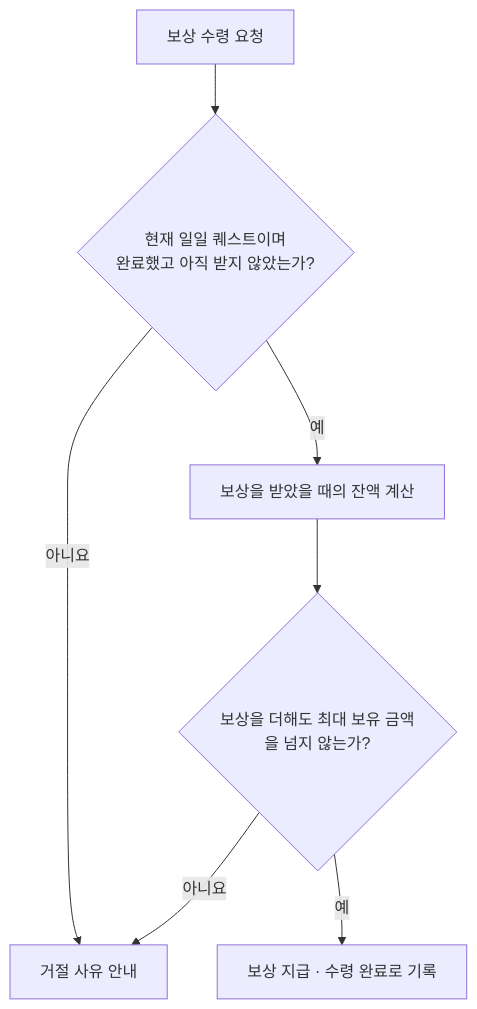
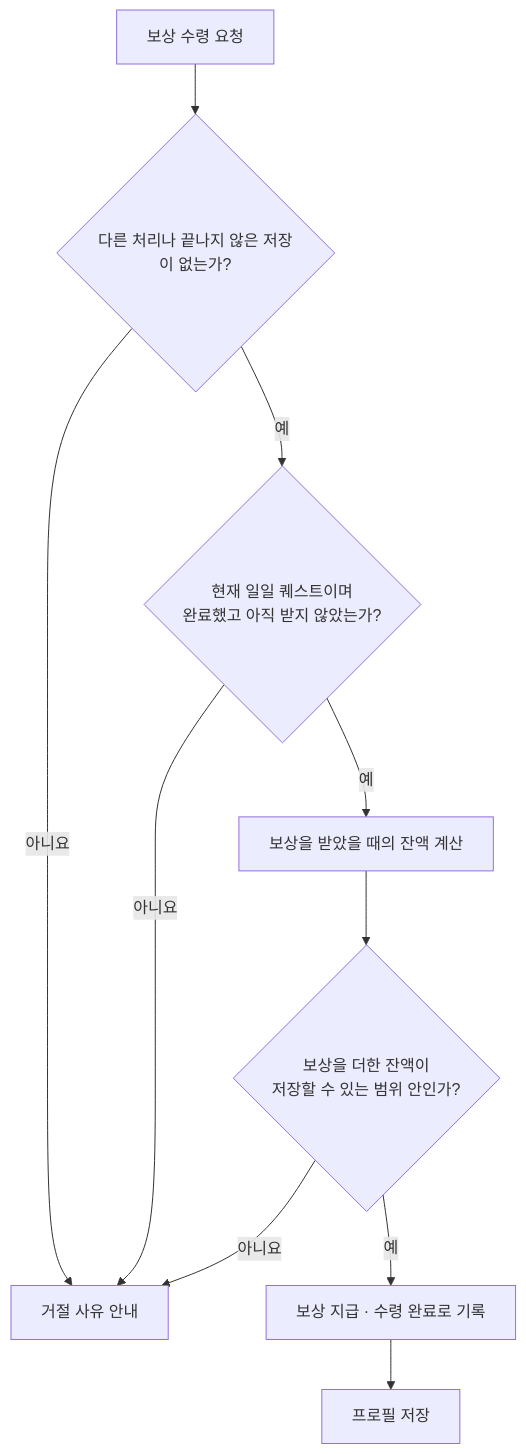
One commit to limrum09/GroupATeamProject-Portfolio changed the second of 3 diagrams in README.md. Above: the diagram before and after it, drawn with Mermaid. The commit also changed other lines of this file, not shown here.

````diff
--- a/README.md
+++ b/README.md
@@ -73,9 +86,12 @@
 ```mermaid
 flowchart TD
-    A["보상 수령 요청"] --> B{"현재 일일 퀘스트이며<br/>완료했고 아직 받지 않았는가?"}
-    B -->|아니요| C["거절 사유 안내"]
+    A["보상 수령 요청"] --> P{"다른 처리나 끝나지 않은 저장이 없는가?"}
+    P -->|아니요| C["거절 사유 안내"]
+    P -->|예| B{"현재 일일 퀘스트이며<br/>완료했고 아직 받지 않았는가?"}
+    B -->|아니요| C
     B -->|예| D["보상을 받았을 때의 잔액 계산"]
-    D --> E{"보상을 더해도 최대 보유 금액을 넘지 않는가?"}
+    D --> E{"보상을 더한 잔액이<br/>저장할 수 있는 범위 안인가?"}
     E -->|아니요| C
     E -->|예| F["보상 지급 · 수령 완료로 기록"]
+    F --> G["프로필 저장"]
 ```
````
